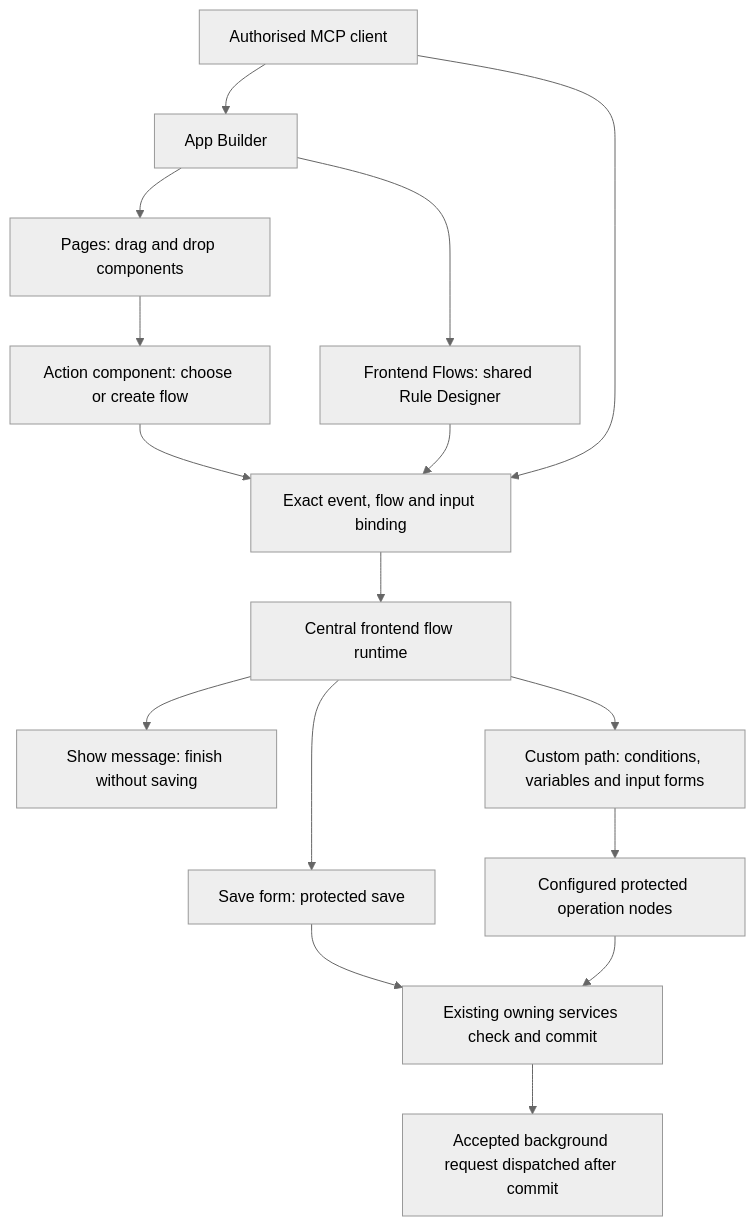
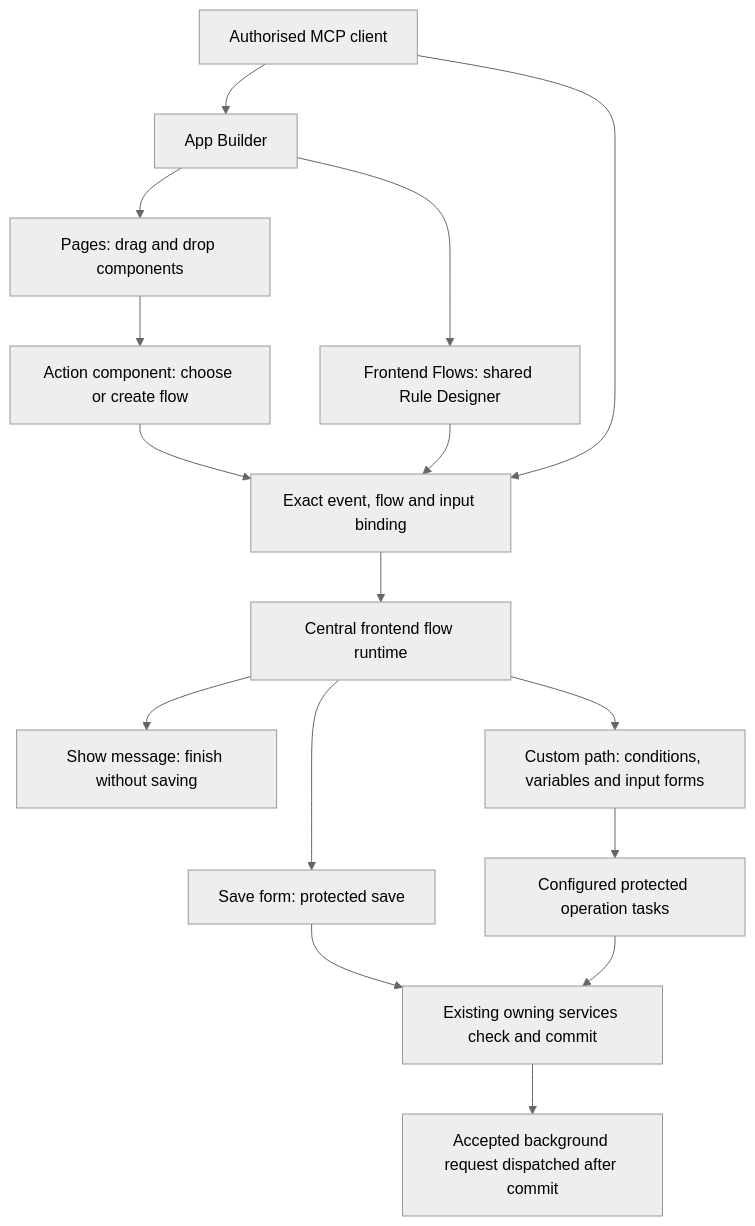
One commit to Abzum-NZ/Abzum-Vortex changed the second of 4 diagrams in docs/specification/appendices/frontend-rule-designer.md. Above: the diagram before and after it, drawn with Mermaid (neutral theme). The commit also changed other lines of this file and 1 other file, not shown here.

First line of the commit message:
Specify one Kestra-shaped flow language

````diff
--- a/docs/specification/appendices/frontend-rule-designer.md
+++ b/docs/specification/appendices/frontend-rule-designer.md
@@ -61,18 +114,18 @@
 ```mermaid
 flowchart TD
     APP[App Builder] --> PAGE[Pages: drag and drop components]
     APP --> FLOWS[Frontend Flows: shared Rule Designer]
     PAGE --> BUTTON[Action component: choose or create flow]
     BUTTON --> BIND[Exact event, flow and input binding]
     FLOWS --> BIND
     BIND --> RUN[Central frontend flow runtime]
     RUN --> MSG[Show message: finish without saving]
     RUN --> SAVE[Save form: protected save]
     RUN --> CUSTOM[Custom path: conditions, variables and input forms]
-    CUSTOM --> SUBMIT[Configured protected operation nodes]
+    CUSTOM --> SUBMIT[Configured protected operation tasks]
     SAVE --> CORE[Existing owning services check and commit]
     SUBMIT --> CORE
     CORE --> BG[Accepted background request dispatched after commit]
     MCP[Authorised MCP client] --> APP
     MCP --> BIND
 ```
````
